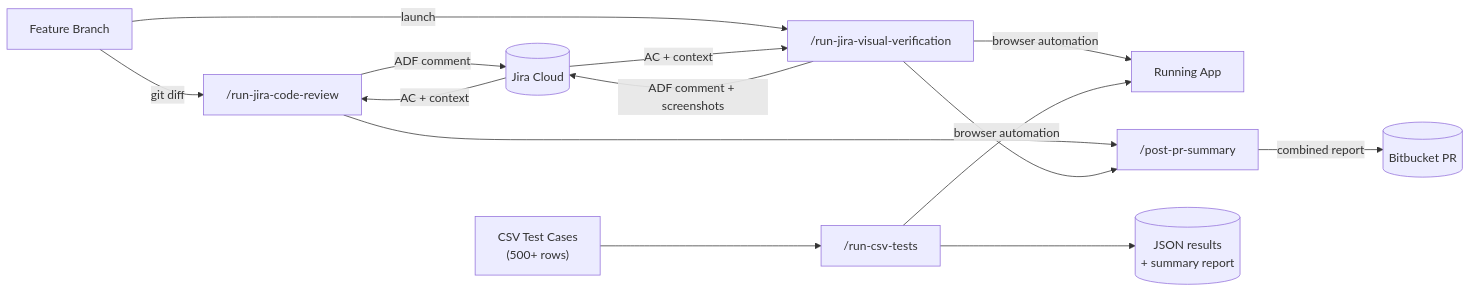
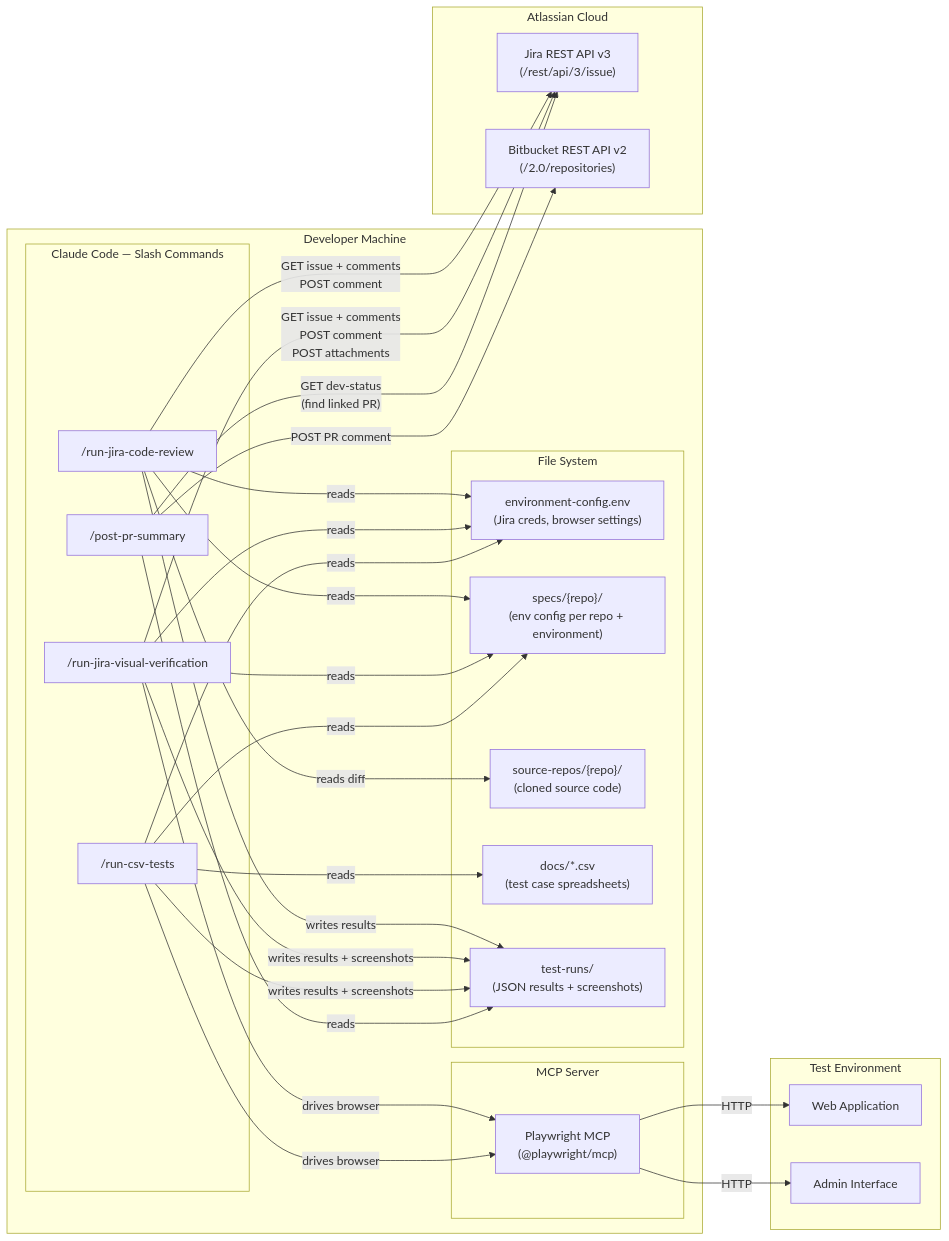
Before and after one commit to CatOrmerod/ai-qa-tools: the first of 2 diagrams in README.md, drawn with Mermaid. The commit also changed other lines of this file, not shown here.

````diff
--- a/README.md
+++ b/README.md
@@ -19,22 +19,56 @@
 ```mermaid
 flowchart LR
-    DEV["Feature Branch"]
-    JIRA[("Jira Cloud")]
-    APP["Running App"]
-    BB[("Bitbucket PR")]
+    subgraph DEV["Developer Machine"]
+        subgraph CC["Claude Code — Slash Commands"]
+            CR["/run-jira-code-review"]
+            VV["/run-jira-visual-verification"]
+            TR["/run-csv-tests"]
+            PS["/post-pr-summary"]
+        end
 
-    DEV -->|"git diff"| CR["/run-jira-code-review"]
-    DEV -->|"launch"| VV["/run-jira-visual-verification"]
-    JIRA -->|"AC + context"| CR
-    JIRA -->|"AC + context"| VV
-    CR -->|"ADF comment"| JIRA
-    VV -->|"ADF comment + screenshots"| JIRA
-    VV -->|"browser automation"| APP
-    CR --> PS["/post-pr-summary"]
-    VV --> PS
-    PS -->|"combined report"| BB
+        subgraph MCP["MCP Server"]
+            PW["Playwright MCP\n(@playwright/mcp)"]
+        end
 
-    CSV["CSV Test Cases\n(500+ rows)"] --> TR["/run-csv-tests"]
-    TR -->|"browser automation"| APP
-    TR --> RESULTS[("JSON results\n+ summary report")]
+        subgraph FS["File System"]
+            ENV["environment-config.env\n(Jira creds, browser settings)"]
+            SPECS["specs/{repo}/\n(env config per repo + environment)"]
+            REPOS["source-repos/{repo}/\n(cloned source code)"]
+            CSV["docs/*.csv\n(test case spreadsheets)"]
+            RESULTS["test-runs/\n(JSON results + screenshots)"]
+        end
+    end
+
+    subgraph CLOUD["Atlassian Cloud"]
+        JIRA["Jira REST API v3\n(/rest/api/3/issue)"]
+        BB["Bitbucket REST API v2\n(/2.0/repositories)"]
+    end
+
+    subgraph APP["Test Environment"]
+        WEB["Web Application"]
+        ADMIN["Admin Interface"]
+    end
+
+    CR -->|"reads diff"| REPOS
+    CR -->|"reads"| ENV
+    CR -->|"reads"| SPECS
+    CR -->|"writes results"| RESULTS
+    VV -->|"reads"| ENV
+    VV -->|"reads"| SPECS
+    VV -->|"writes results + screenshots"| RESULTS
+    TR -->|"reads"| CSV
+    TR -->|"reads"| ENV
+    TR -->|"reads"| SPECS
+    TR -->|"writes results + screenshots"| RESULTS
+    PS -->|"reads"| RESULTS
+
+    CR -->|"GET issue + comments\nPOST comment"| JIRA
+    VV -->|"GET issue + comments\nPOST comment\nPOST attachments"| JIRA
+    PS -->|"GET dev-status\n(find linked PR)"| JIRA
+    PS -->|"POST PR comment"| BB
+
+    VV -->|"drives browser"| PW
+    TR -->|"drives browser"| PW
+    PW -->|"HTTP"| WEB
+    PW -->|"HTTP"| ADMIN
 ```
````
